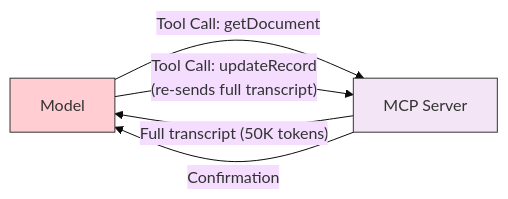
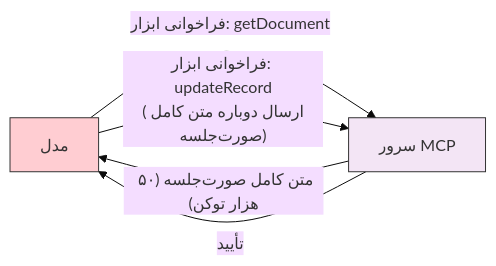
Before and after one commit to hassanbht/claude-howto: the sixth of 7 diagrams in fa/05-mcp/README.md, drawn with Mermaid (base theme). The commit also changed other lines of this file and 53 other files, not shown here.

````diff
--- a/fa/05-mcp/README.md
+++ b/fa/05-mcp/README.md
@@ -938,10 +947,10 @@
 ```mermaid
 graph LR
-    A["Model"] -->|"Tool Call: getDocument"| B["MCP Server"]
-    B -->|"Full transcript (50K tokens)"| A
-    A -->|"Tool Call: updateRecord<br/>(re-sends full transcript)"| B
-    B -->|"Confirmation"| A
+    A["مدل"] -->|"فراخوانی ابزار: getDocument"| B["سرور MCP"]
+    B -->|"متن کامل صورت‌جلسه (۵۰ هزار توکن)"| A
+    A -->|"فراخوانی ابزار: updateRecord<br/>(ارسال دوباره متن کامل صورت‌جلسه)"| B
+    B -->|"تأیید"| A
 
     style A fill:#ffcdd2,stroke:#333,color:#333
     style B fill:#f3e5f5,stroke:#333,color:#333
 ```
````
